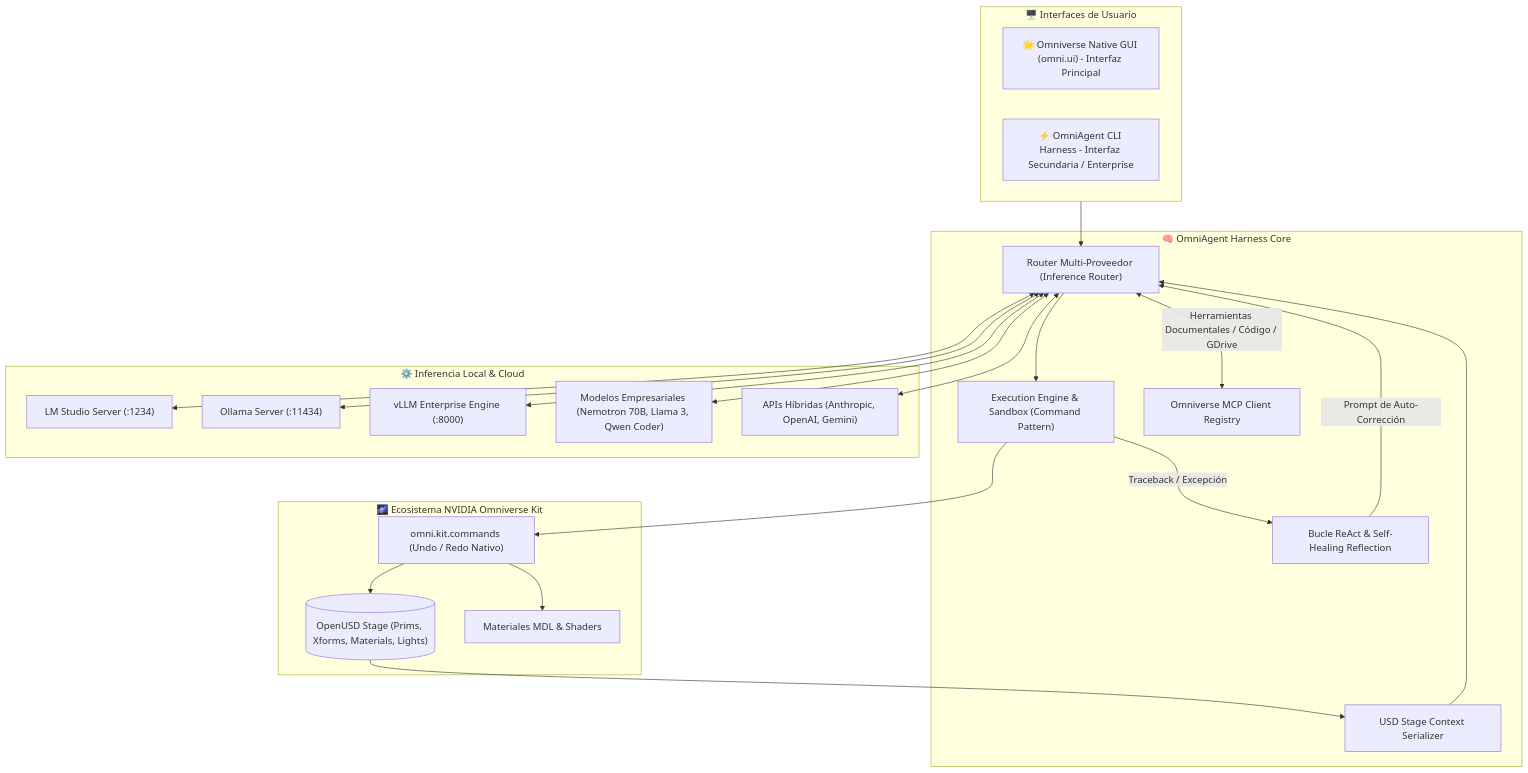
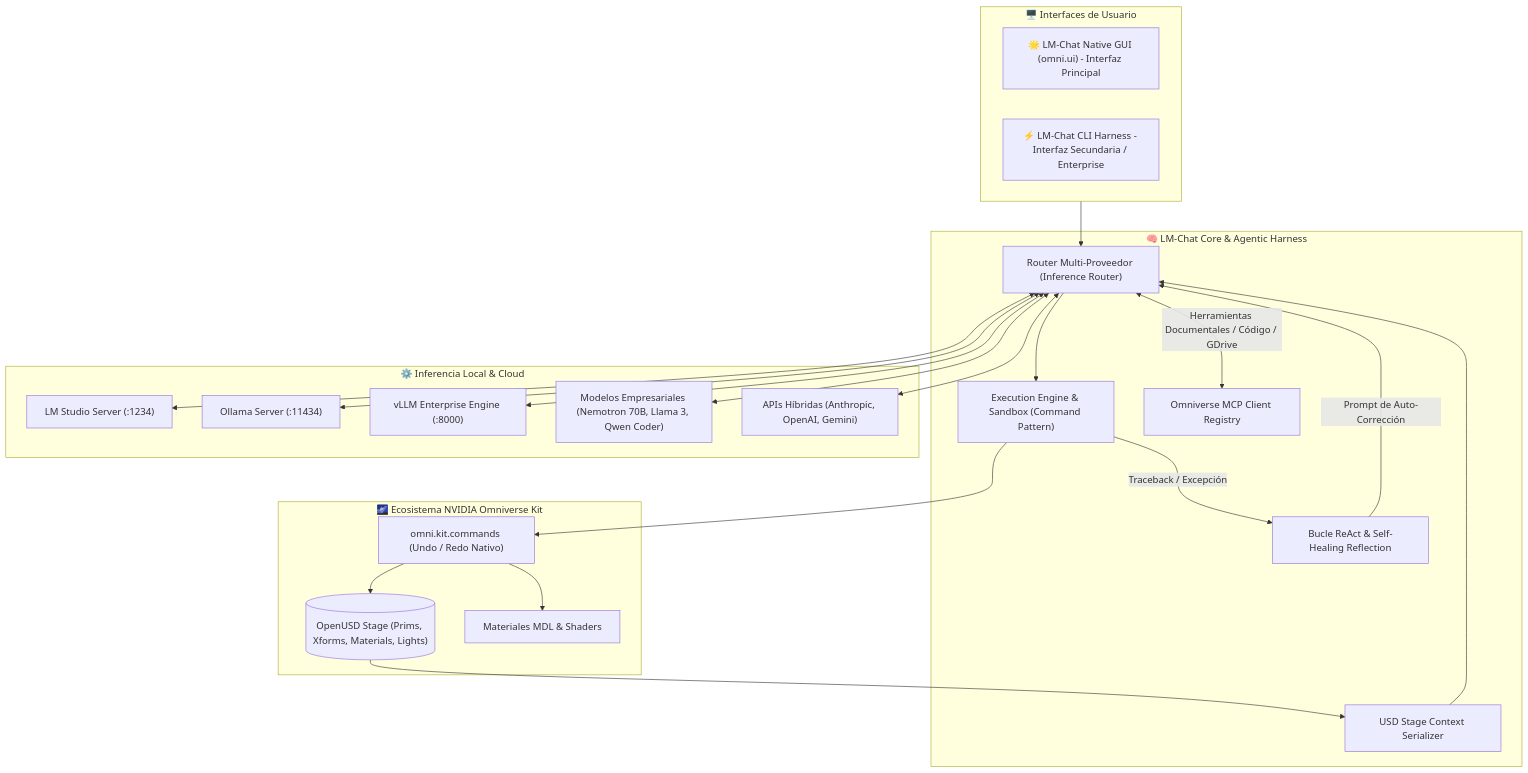
One commit to Orlandho/LM-Chat changed the diagram in docs/diagrams/omni_agent_architecture.mmd. Above: the diagram before and after it, drawn with Mermaid. The commit also changed 15 other files, not shown here.

Commit message:
feat(branding): standardize commercial trademark LM-Chat and omni.lm_chat extension ID (#46)

```diff
--- a/docs/diagrams/omni_agent_architecture.mmd
+++ b/docs/diagrams/omni_agent_architecture.mmd
@@ -1,45 +1,45 @@
 graph TD
     subgraph UI ["🖥️ Interfaces de Usuario"]
-        GUI["🌟 Omniverse Native GUI (omni.ui) - Interfaz Principal"]
-        CLI["⚡ OmniAgent CLI Harness - Interfaz Secundaria / Enterprise"]
+        GUI["🌟 LM-Chat Native GUI (omni.ui) - Interfaz Principal"]
+        CLI["⚡ LM-Chat CLI Harness - Interfaz Secundaria / Enterprise"]
     end
 
-    subgraph Core ["🧠 OmniAgent Harness Core"]
+    subgraph Core ["🧠 LM-Chat Core & Agentic Harness"]
         ROUTER["Router Multi-Proveedor (Inference Router)"]
         STAGE_CTX["USD Stage Context Serializer"]
         EXEC["Execution Engine & Sandbox (Command Pattern)"]
         MCP_CLIENT["Omniverse MCP Client Registry"]
         SELF_HEAL["Bucle ReAct & Self-Healing Reflection"]
     end
 
     subgraph Engines ["⚙️ Inferencia Local & Cloud"]
         LM_STUDIO["LM Studio Server (:1234)"]
         OLLAMA["Ollama Server (:11434)"]
         VLLM["vLLM Enterprise Engine (:8000)"]
         ENTERPRISE["Modelos Empresariales (Nemotron 70B, Llama 3, Qwen Coder)"]
         CLOUD["APIs Híbridas (Anthropic, OpenAI, Gemini)"]
     end
 
     subgraph Omniverse ["🌌 Ecosistema NVIDIA Omniverse Kit"]
         CMD["omni.kit.commands (Undo / Redo Nativo)"]
         USD[("OpenUSD Stage (Prims, Xforms, Materials, Lights)")]
         MDL["Materiales MDL & Shaders"]
     end
 
     UI --> ROUTER
     ROUTER <--> LM_STUDIO
     ROUTER <--> OLLAMA
     ROUTER <--> VLLM
     ROUTER <--> ENTERPRISE
     ROUTER <--> CLOUD
 
     USD --> STAGE_CTX --> ROUTER
     ROUTER --> EXEC
     EXEC --> CMD
     CMD --> USD
     CMD --> MDL
     
     EXEC -->|"Traceback / Excepción"| SELF_HEAL
     SELF_HEAL -->|"Prompt de Auto-Corrección"| ROUTER
 
     ROUTER <-->|"Herramientas Documentales / Código / GDrive"| MCP_CLIENT
```
